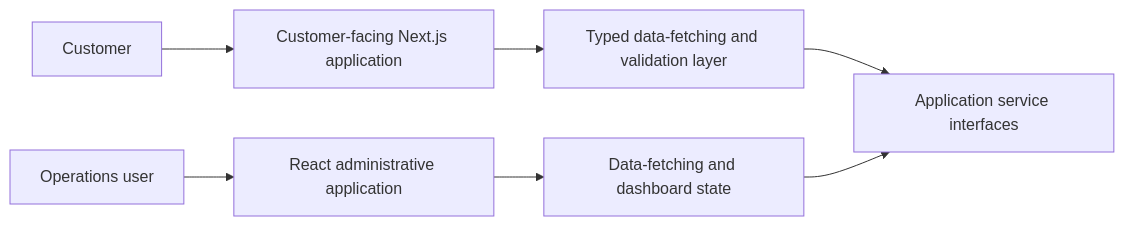
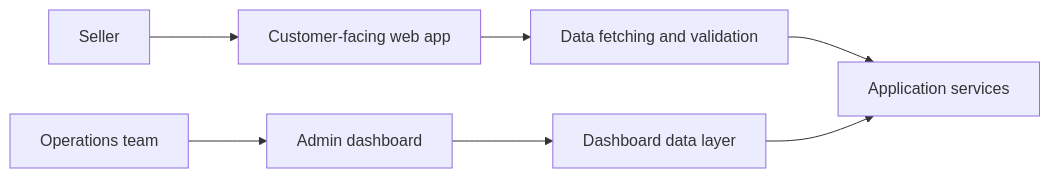
One commit to Abi0l9/Abi0l9 changed the diagram in portfolio/case-studies/modern-product-platform.md. Above: the diagram before and after it, drawn with Mermaid. The commit also changed other lines of this file, not shown here.

````diff
--- a/portfolio/case-studies/modern-product-platform.md
+++ b/portfolio/case-studies/modern-product-platform.md
@@ -24,9 +24,9 @@
 ```mermaid
 flowchart LR
-  C["Customer"] --> W["Customer-facing Next.js application"]
-  O["Operations user"] --> D["React administrative application"]
-  W --> Q["Typed data-fetching and validation layer"]
-  D --> R["Data-fetching and dashboard state"]
-  Q --> X["Application service interfaces"]
-  R --> X
+  S["Seller"] --> W["Customer-facing web app"]
+  O["Operations team"] --> A["Admin dashboard"]
+  W --> D["Data fetching and validation"]
+  A --> E["Dashboard data layer"]
+  D --> F["Application services"]
+  E --> F
 ```
````
